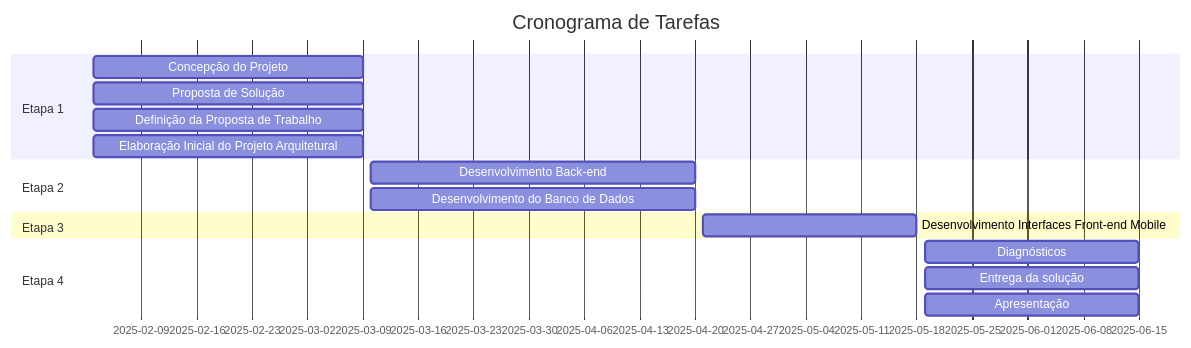
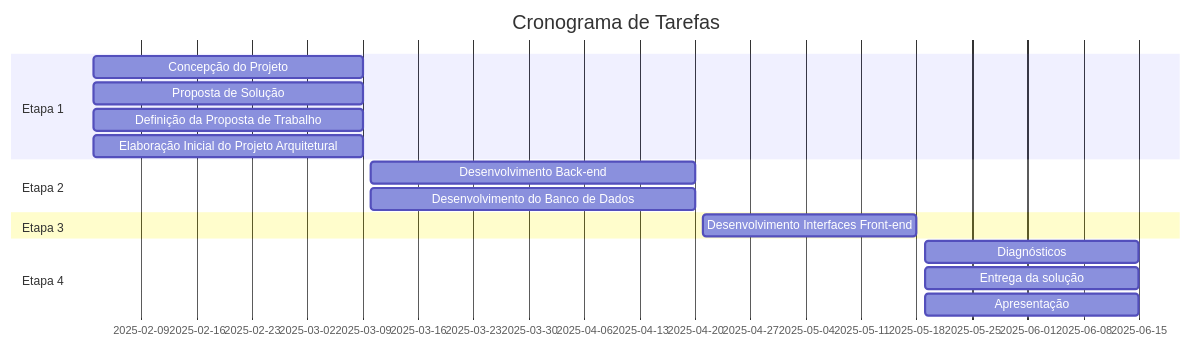
The diagram in documents/01-Documentação de Contexto.md (ICEI-PUC-Minas-PMV-SInt/pmv-sint-2025-1-e5-proj-movext-t1-psychoapp), drawn with Mermaid before and after one commit.

Commit message:
Corrige Cronograma de Tarefas

````diff
--- a/documents/01-Documentação de Contexto.md
+++ b/documents/01-Documentação de Contexto.md
@@ -31,24 +31,24 @@
 ```mermaid
 gantt
     title Cronograma de Tarefas
     dateFormat  YYYY-MM-DD
     todayMarker off
     
     section Etapa 1
     Concepção do Projeto:et1_t1, 2025-02-03,2025-03-09
     Proposta de Solução:et1_t1, 2025-02-03,2025-03-09
     Definição da Proposta de Trabalho:et1_t1, 2025-02-03,2025-03-09
     Elaboração Inicial do Projeto Arquitetural:et1_t1, 2025-02-03,2025-03-09
         
     section Etapa 2
     Desenvolvimento Back-end:et2_t2, 2025-03-10,2025-04-20
     Desenvolvimento do Banco de Dados:et2_t2, 2025-03-10,2025-04-20
 
     section Etapa 3
-    Desenvolvimento Interfaces Front-end Mobile:et3_t3, 2025-04-21,2025-05-18  
+    Desenvolvimento Interfaces Front-end:et3_t3, 2025-04-21,2025-05-18  
    
     section Etapa 4
     Diagnósticos:et4_t4, 2025-05-19  ,2025-06-15 
     Entrega da solução:et4_t4, 2025-05-19  ,2025-06-15 
     Apresentação:et4_t4, 2025-05-19  ,2025-06-15
 ```
````
